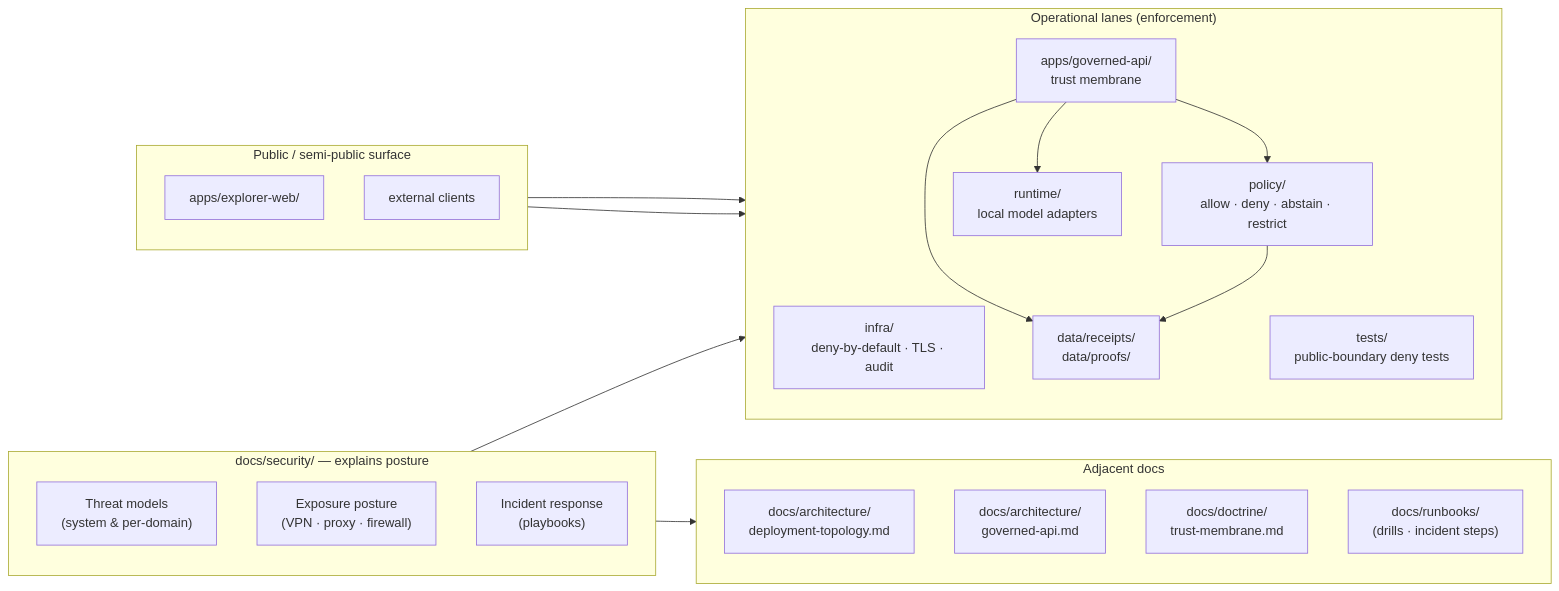
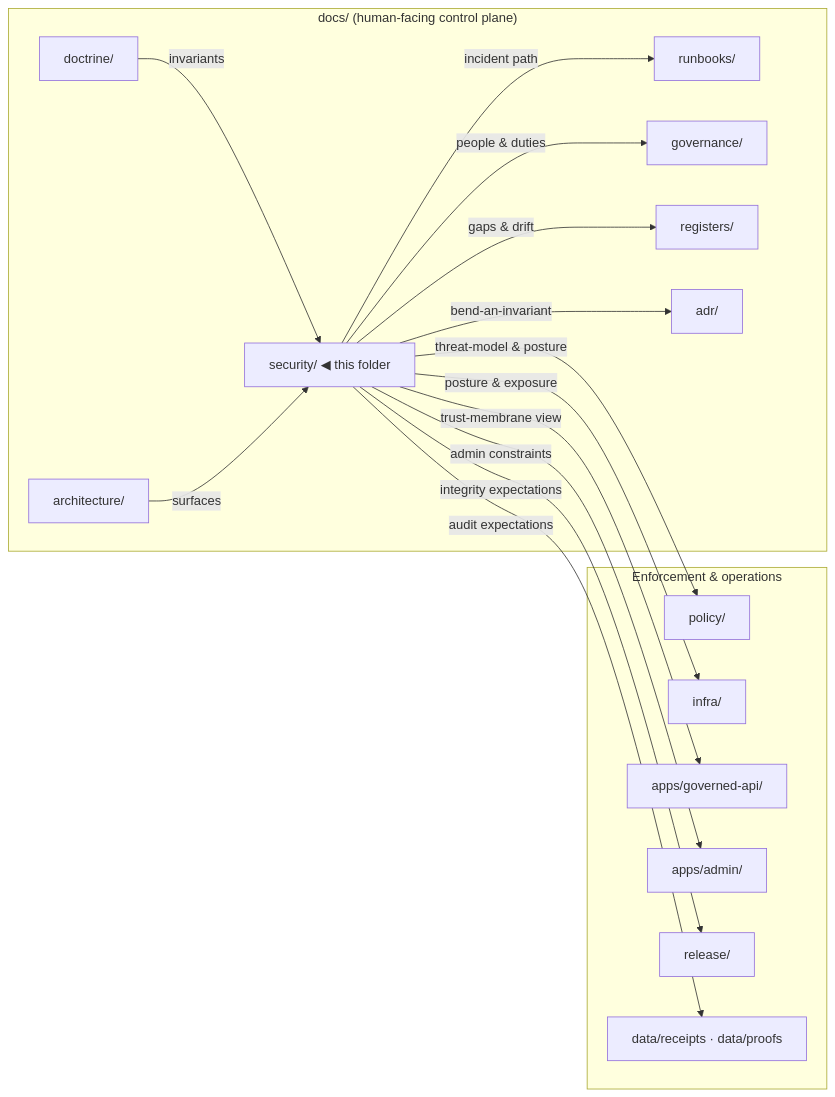
The diagram in docs/security/README.md (bartytime4life/Kansas-Frontier-Matrix), drawn with Mermaid before and after one commit. The commit also changed other lines of this file, not shown here.

````diff
--- a/docs/security/README.md
+++ b/docs/security/README.md
@@ -136,42 +311,34 @@
 ```mermaid
 flowchart LR
-  subgraph Doctrine["docs/security/ — explains posture"]
-    direction TB
-    TM["Threat models<br/>(system &amp; per-domain)"]
-    EP["Exposure posture<br/>(VPN · proxy · firewall)"]
-    IR["Incident response<br/>(playbooks)"]
+  subgraph DOCS["docs/  (human-facing control plane)"]
+    DOCT["doctrine/"]
+    ARCH["architecture/"]
+    SEC["security/  ◀ this folder"]
+    RUN["runbooks/"]
+    GOV["governance/"]
+    REG["registers/"]
+    ADR["adr/"]
   end
 
-  subgraph Doc["Adjacent docs"]
-    direction TB
-    DEP["docs/architecture/<br/>deployment-topology.md"]
-    GAPI["docs/architecture/<br/>governed-api.md"]
-    TRUST["docs/doctrine/<br/>trust-membrane.md"]
-    RB["docs/runbooks/<br/>(drills · incident steps)"]
+  subgraph ENFORCE["Enforcement & operations"]
+    POL["policy/"]
+    INF["infra/"]
+    API["apps/governed-api/"]
+    ADM["apps/admin/"]
+    REL["release/"]
+    DATA["data/receipts · data/proofs"]
   end
 
-  subgraph Op["Operational lanes (enforcement)"]
-    direction TB
-    INFRA["infra/<br/>deny-by-default · TLS · audit"]
-    POL["policy/<br/>allow · deny · abstain · restrict"]
-    API["apps/governed-api/<br/>trust membrane"]
-    RT["runtime/<br/>local model adapters"]
-    TST["tests/<br/>public-boundary deny tests"]
-    REC["data/receipts/<br/>data/proofs/"]
-  end
-
-  subgraph Pub["Public / semi-public surface"]
-    direction TB
-    UI["apps/explorer-web/"]
-    EXT["external clients"]
-  end
-
-  Doctrine --> Doc
-  Doctrine --> Op
-  UI --> API
-  EXT --> API
-  API --> POL
-  API --> RT
-  API --> REC
-  POL --> REC
+  DOCT -- invariants --> SEC
+  ARCH -- surfaces --> SEC
+  SEC -- threat-model & posture --> POL
+  SEC -- posture & exposure --> INF
+  SEC -- trust-membrane view --> API
+  SEC -- admin constraints --> ADM
+  SEC -- integrity expectations --> REL
+  SEC -- audit expectations --> DATA
+  SEC -- incident path --> RUN
+  SEC -- people & duties --> GOV
+  SEC -- gaps & drift --> REG
+  SEC -- bend-an-invariant --> ADR
 ```
````
